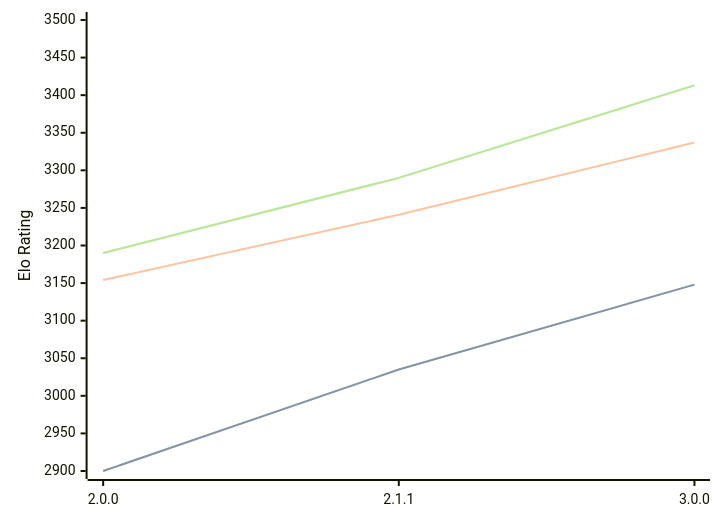
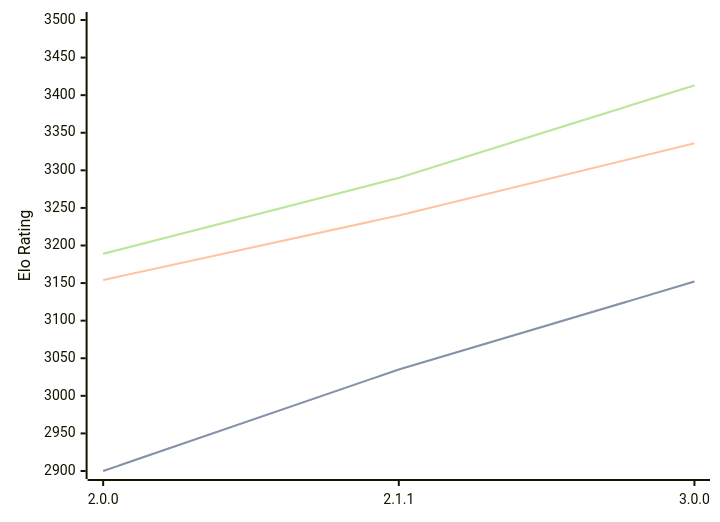
Before and after one commit to computer-chess-index/cci: the diagram in engines/Bread.md, drawn with Mermaid. The commit also changed other lines of this file, not shown here.

Commit message:
Update CCI Ratings (ELO VLTC) - 2026-03-18

````diff
--- a/engines/Bread.md
+++ b/engines/Bread.md
@@ -49,11 +49,11 @@
 ```mermaid
 %%{init: {"theme":"base","themeVariables":{"seriesColors:['#a3a3a3','#222221','#faa371']}}}%%
 xychart-beta
   x-axis ["2.0.0", "2.1.1", "3.0.0"]
   y-axis "Elo Rating" 2900 --> 3500
-  line "STC (8.0+0.08s)" [2900, 3035, 3148]
-  line "STC (8.0+0.08s)" [2900, 3035, 3148]
-  line "LTC (60.0+0.60s)" [3154, 3241, 3337]
-  line "VLTC (2m24s+1.12s)" [3190, 3290, 3413]
-  line "VLTC (2m24s+1.12s)" [3190, 3290, 3413]
+  line "STC (8.0+0.08s)" [2900, 3035, 3152]
+  line "STC (8.0+0.08s)" [2900, 3035, 3152]
+  line "LTC (60.0+0.60s)" [3154, 3240, 3336]
+  line "VLTC (2m24s+1.12s)" [3189, 3290, 3413]
+  line "VLTC (2m24s+1.12s)" [3189, 3290, 3413]
 ```
````
